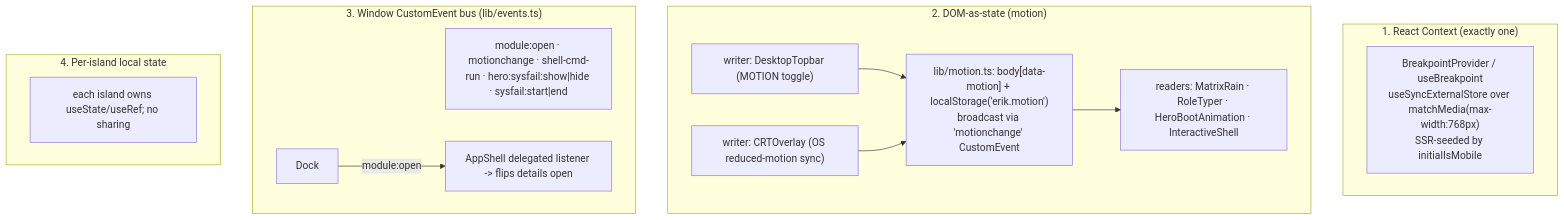
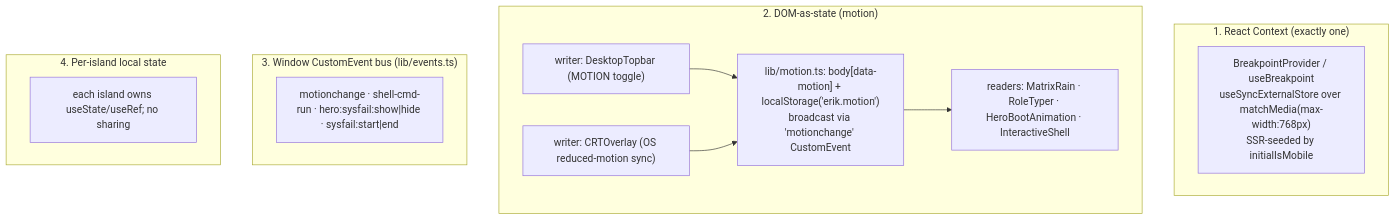
Before and after one commit to erikunha/portfolio: the second of 2 diagrams in docs/04-components-and-state.md, drawn with Mermaid. The commit also changed other lines of this file and 70 other files, not shown here.

Commit message:
refactor(module): remove the details/summary disclosure from sections and design-system previews (#190)

````diff
--- a/docs/04-components-and-state.md
+++ b/docs/04-components-and-state.md
@@ -80,19 +80,18 @@
 ```mermaid
 flowchart TD
     subgraph ctx["1. React Context (exactly one)"]
         bp["BreakpointProvider / useBreakpoint<br/>useSyncExternalStore over matchMedia(max-width:768px)<br/>SSR-seeded by initialIsMobile"]
     end
     subgraph dom["2. DOM-as-state (motion)"]
         motion["lib/motion.ts: body[data-motion] + localStorage('erik.motion')<br/>broadcast via 'motionchange' CustomEvent"]
         w1["writer: DesktopTopbar (MOTION toggle)"] --> motion
         w2["writer: CRTOverlay (OS reduced-motion sync)"] --> motion
         motion --> r1["readers: MatrixRain · RoleTyper · HeroBootAnimation · InteractiveShell"]
     end
     subgraph bus["3. Window CustomEvent bus (lib/events.ts)"]
-        ev["module:open · motionchange · shell-cmd-run · hero:sysfail:show|hide · sysfail:start|end"]
-        d["Dock"] -->|module:open| as["AppShell delegated listener -> flips details open"]
+        ev["motionchange · shell-cmd-run · hero:sysfail:show|hide · sysfail:start|end"]
     end
     subgraph local["4. Per-island local state"]
         li["each island owns useState/useRef; no sharing"]
     end
 ```
````
